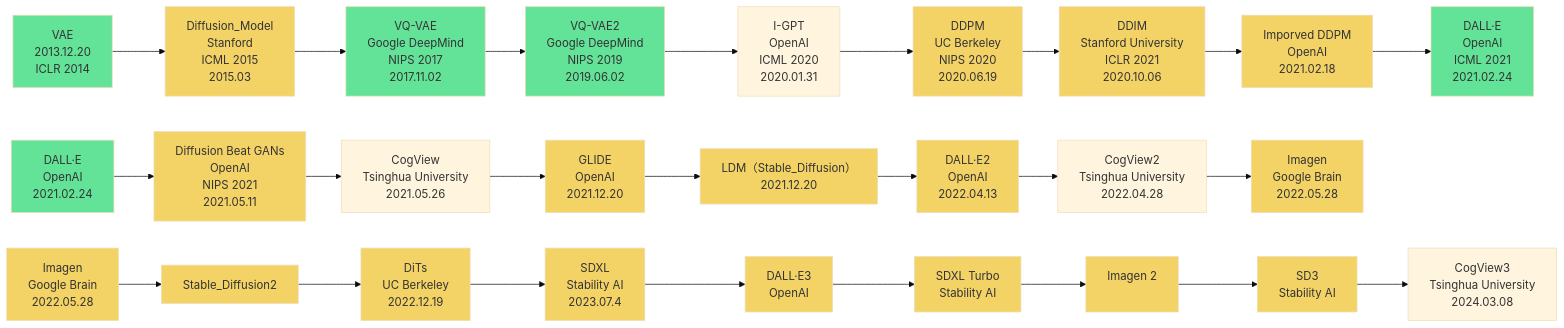
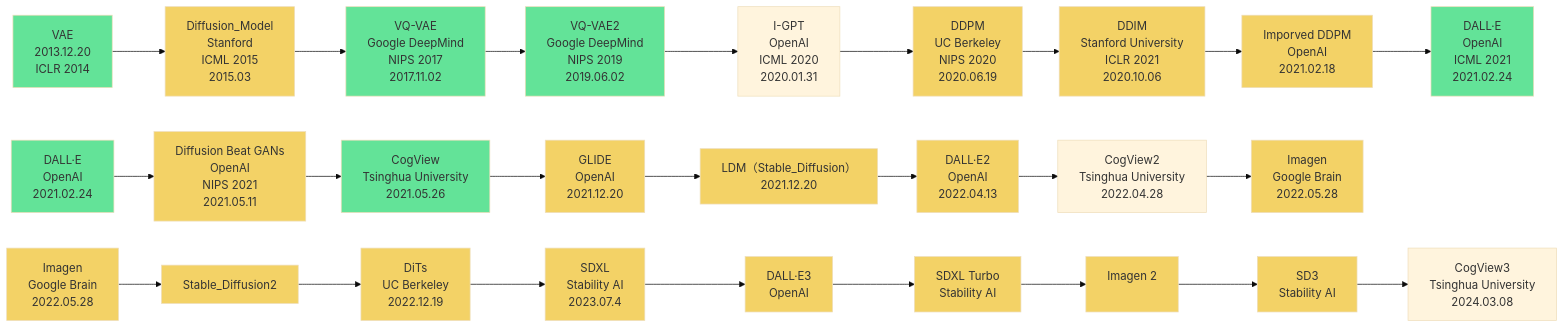
The second of 2 diagrams in GAN+VAE+Diffusion.md (Elephant-King9/Paper), drawn with Mermaid (base theme) before and after one commit. The commit also changed 5 other files, not shown here.

````diff
--- a/GAN+VAE+Diffusion.md
+++ b/GAN+VAE+Diffusion.md
@@ -24,55 +24,56 @@
 ```mermaid
 flowchart LR
 VAE-->Diffusion_Model-->VQ-VAE-->VQ-VAE2-->I-GPT-->DDPM-->DDIM-->Imporved_DDPM-->DALL-E
 DALL-E_2-->Diffusion_Beat_GANs-->CogView-->GLIDE-->LDM-->DALL-E2-->CogView2-->Imagen
 Imagen_1_1-->Stable_Diffusion2-->DiTs-->SDXL-->DALL-E3-->SDXL_Turbo-->Imagen_2-->SD3-->CogView3
 VAE[VAE<br>2013.12.20<br>ICLR 2014]
 style VAE fill:#63E398
 Diffusion_Model[Diffusion_Model<br>Stanford<br>ICML 2015<br>2015.03]
 style Diffusion_Model fill:#F3D266
 VQ-VAE[VQ-VAE<br>Google DeepMind<br>NIPS 2017<br>2017.11.02]
 style VQ-VAE fill:#63E398
 VQ-VAE2[VQ-VAE2<br>Google DeepMind<br>NIPS 2019<br>2019.06.02]
 style VQ-VAE2 fill:#63E398
 I-GPT[I-GPT<br>OpenAI<br>ICML 2020<br>2020.01.31]
 DDPM[DDPM<br>UC Berkeley<br>NIPS 2020<br>2020.06.19]
 style DDPM fill:#F3D266
 DDIM[DDIM<br>Stanford University<br>ICLR 2021<br>2020.10.06]
 style DDIM fill:#F3D266
 Imporved_DDPM[Imporved DDPM<br>OpenAI<br>2021.02.18]
 style Imporved_DDPM fill:#F3D266
 DALL-E[DALL·E<br>OpenAI<br>ICML 2021<br>2021.02.24]
 style DALL-E fill:#63E398
 DALL-E_2[DALL·E<br>OpenAI<br>2021.02.24]
 style DALL-E_2 fill:#63E398
 Diffusion_Beat_GANs[Diffusion Beat GANs<br>OpenAI<br>NIPS 2021<br>2021.05.11]
 style Diffusion_Beat_GANs fill:#F3D266
 CogView[CogView<br>Tsinghua University<br>2021.05.26]
+style CogView fill:#63E398
 GLIDE[GLIDE<br>OpenAI<br>2021.12.20]
 style GLIDE fill:#F3D266
 LDM[LDM（Stable_Diffusion）<br>2021.12.20]
 style LDM fill:#F3D266
 DALL-E2[DALL·E2<br>OpenAI<br>2022.04.13]
 style DALL-E2 fill:#F3D266
 CogView2[CogView2<br>Tsinghua University<br>2022.04.28]
 
 Imagen[Imagen<br>Google Brain<br>2022.05.28]
 style Imagen fill:#F3D266
 Imagen_1_1[Imagen<br>Google Brain<br>2022.05.28]
 style Imagen_1_1 fill:#F3D266
 Stable_Diffusion2[Stable_Diffusion2]
 style Stable_Diffusion2 fill:#F3D266
 DiTs[DiTs<br>UC Berkeley<br>2022.12.19]
 style DiTs fill:#F3D266
 SDXL[SDXL<br>Stability AI<br>2023.07.4]
 style SDXL fill:#F3D266
 DALL-E3[DALL·E3<br>OpenAI<br>]
 style DALL-E3 fill:#F3D266
 SDXL_Turbo[SDXL Turbo<br>Stability AI]
 style SDXL_Turbo fill:#F3D266
 Imagen_2[Imagen 2<br><br>]
 style Imagen_2 fill:#F3D266
 SD3[SD3<br>Stability AI<br>]
 style SD3 fill:#F3D266
 CogView3[CogView3<br> Tsinghua University<br>2024.03.08]
 ```
````
